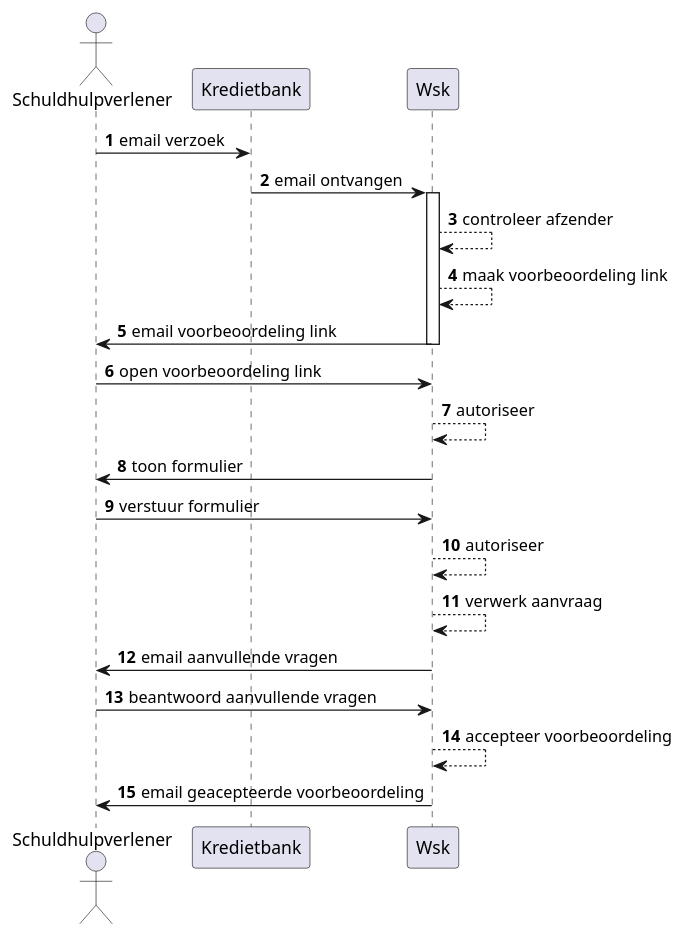
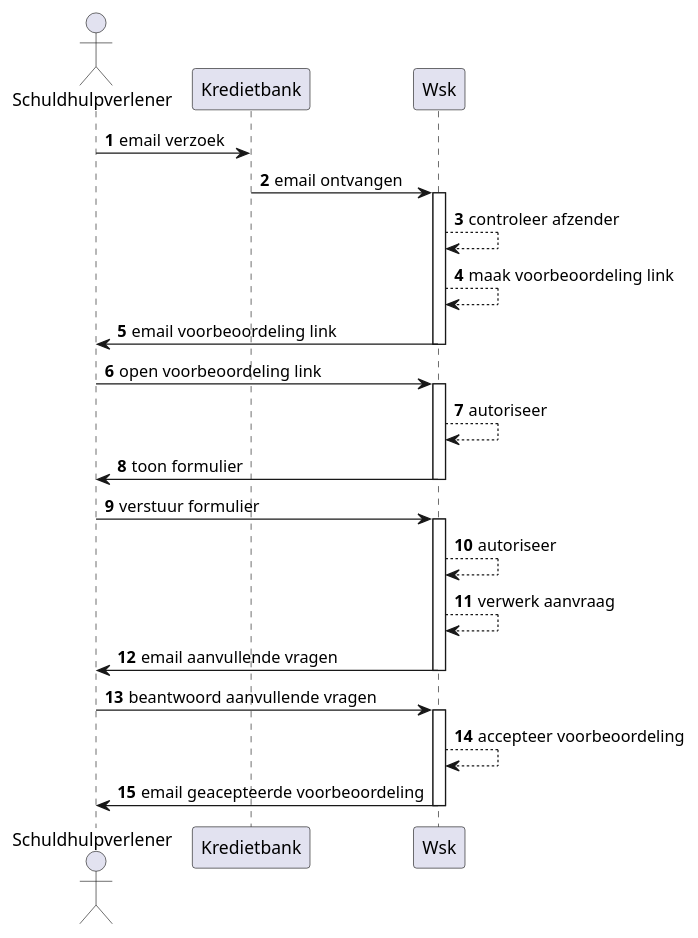
Before and after one commit to sbnnl/documentatie: the diagram in docs/800_adapters/250_voorbeoordelen-namens-kredietbank/sequence-diagram.puml, drawn with PlantUML. The commit also changed 3 other files, not shown here.

Commit message:
roadmap toegevoegd

```diff
--- a/docs/800_adapters/250_voorbeoordelen-namens-kredietbank/sequence-diagram.puml
+++ b/docs/800_adapters/250_voorbeoordelen-namens-kredietbank/sequence-diagram.puml
@@ -1,31 +1,49 @@
 @startuml
 autonumber
 
 actor Schuldhulpverlener as user
 participant "Kredietbank" as kredietbank
 participant "Wsk" as wsk
 
 user -> kredietbank : email verzoek
 
 kredietbank -> wsk : email ontvangen
 
 activate wsk
 
 wsk --> wsk : controleer afzender
 wsk --> wsk : maak voorbeoordeling link
 wsk -> user : email voorbeoordeling link
 
 deactivate wsk
 
 user -> wsk : open voorbeoordeling link
+
+
+activate wsk
+
 wsk --> wsk : autoriseer
 wsk -> user : toon formulier
+
+deactivate wsk
+
 user -> wsk : verstuur formulier
+
+activate wsk
+
 wsk --> wsk : autoriseer
 wsk --> wsk : verwerk aanvraag
 wsk -> user : email aanvullende vragen
+
+deactivate wsk
+
 user -> wsk : beantwoord aanvullende vragen
+
+activate wsk
+
 wsk --> wsk : accepteer voorbeoordeling
 wsk -> user : email geacepteerde voorbeoordeling
 
+deactivate wsk
+
 @enduml
```
